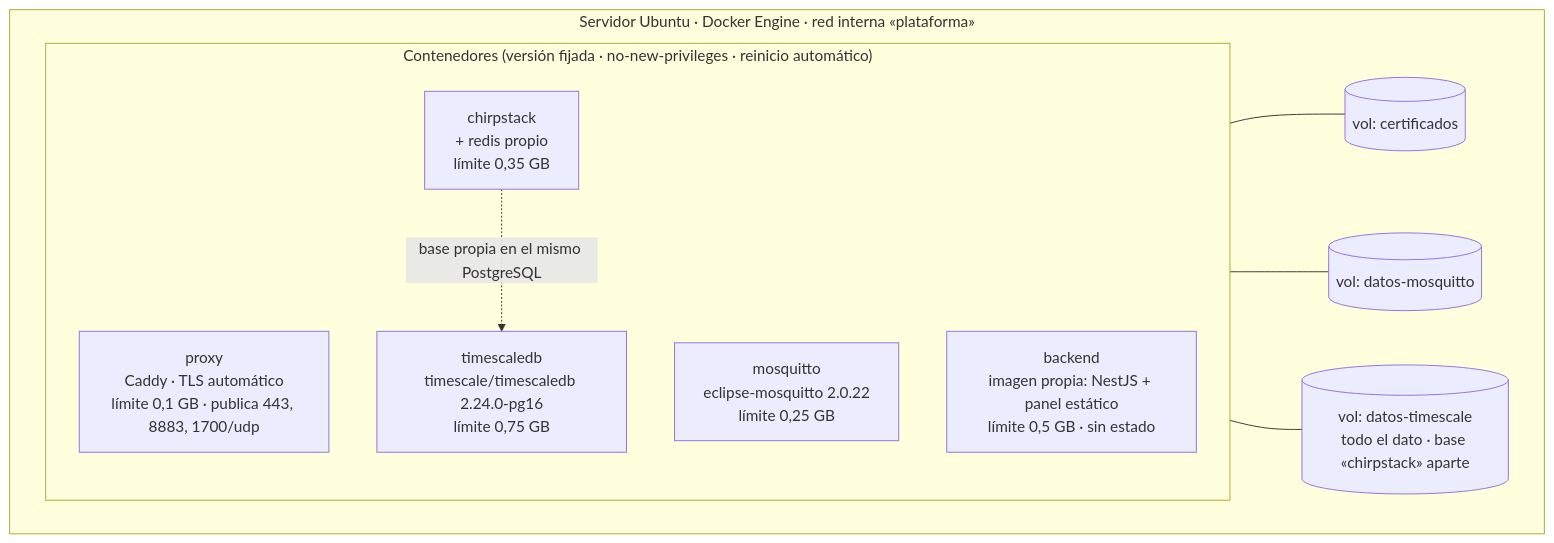
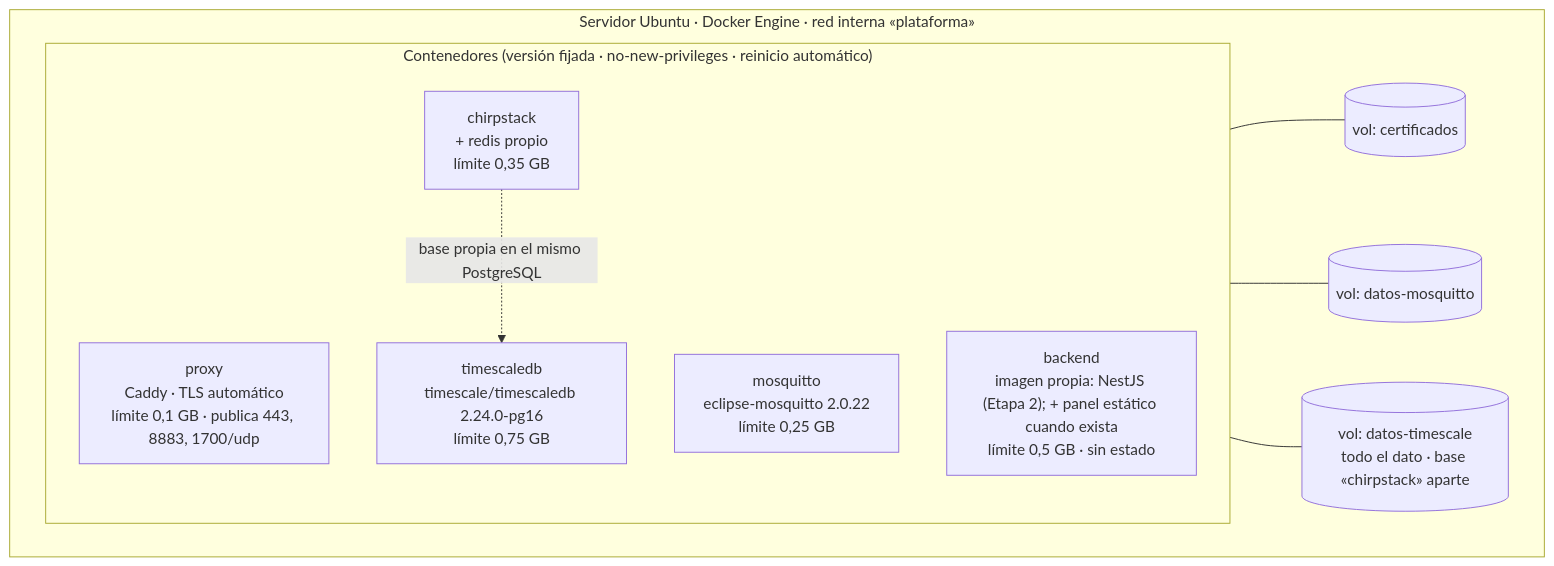
One commit to vicenterami/tesis changed the diagram in informe-oficial/figuras/mermaid/despliegue.mmd. Above: the diagram before and after it, drawn with Mermaid. The commit also changed 13 other files, not shown here.

```diff
--- a/informe-oficial/figuras/mermaid/despliegue.mmd
+++ b/informe-oficial/figuras/mermaid/despliegue.mmd
@@ -1,19 +1,19 @@
 flowchart TB
     subgraph HOST["Servidor Ubuntu · Docker Engine · red interna «plataforma»"]
         direction LR
         subgraph SVC["Contenedores (versión fijada · no-new-privileges · reinicio automático)"]
             direction TB
             C5["proxy<br/>Caddy · TLS automático<br/>límite 0,1 GB · publica 443, 8883, 1700/udp"]
             C1["mosquitto<br/>eclipse-mosquitto 2.0.22<br/>límite 0,25 GB"]
             C2["chirpstack<br/>+ redis propio<br/>límite 0,35 GB"]
-            C4["backend<br/>imagen propia: NestJS + panel estático<br/>límite 0,5 GB · sin estado"]
+            C4["backend<br/>imagen propia: NestJS (Etapa 2); + panel estático cuando exista<br/>límite 0,5 GB · sin estado"]
             C3["timescaledb<br/>timescale/timescaledb 2.24.0-pg16<br/>límite 0,75 GB"]
         end
         V4[("vol: certificados")]
         V2[("vol: datos-mosquitto")]
         V1[("vol: datos-timescale<br/>todo el dato · base «chirpstack» aparte")]
     end
     C5 --- V4
     C1 --- V2
     C3 --- V1
     C2 -. "base propia en el mismo PostgreSQL" .-> C3
```
